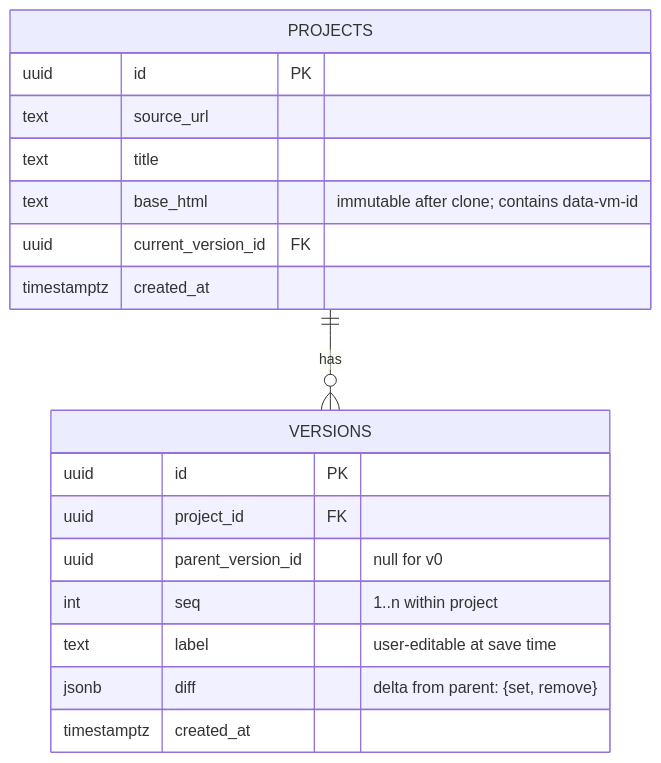
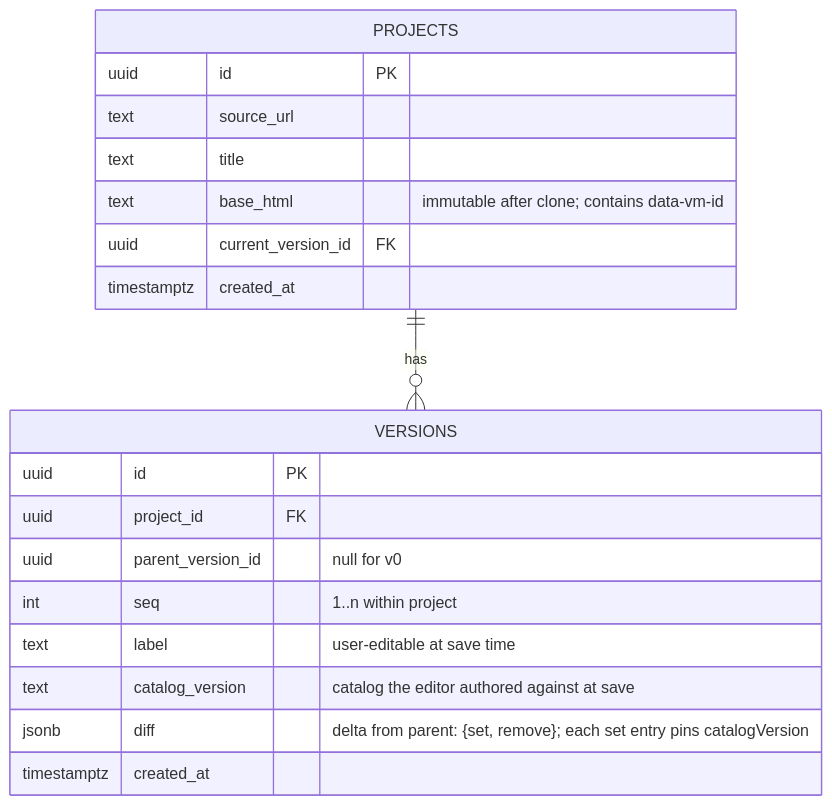
One commit to ludaxkris/vibe_motion changed the eighth of 12 diagrams in docs/architecture.md. Above: the diagram before and after it, drawn with Mermaid. The commit also changed other lines of this file and 7 other files, not shown here.

First line of the commit message:
docs: versioned immutable animation catalog, catalogVersion pinned per assignment

````diff
--- a/docs/architecture.md
+++ b/docs/architecture.md
@@ -200,21 +200,22 @@
 ```mermaid
 erDiagram
   PROJECTS ||--o{ VERSIONS : has
   PROJECTS {
     uuid id PK
     text source_url
     text title
     text base_html "immutable after clone; contains data-vm-id"
     uuid current_version_id FK
     timestamptz created_at
   }
   VERSIONS {
     uuid id PK
     uuid project_id FK
     uuid parent_version_id "null for v0"
     int seq "1..n within project"
     text label "user-editable at save time"
-    jsonb diff "delta from parent: {set, remove}"
+    text catalog_version "catalog the editor authored against at save"
+    jsonb diff "delta from parent: {set, remove}; each set entry pins catalogVersion"
     timestamptz created_at
   }
 ```
````
